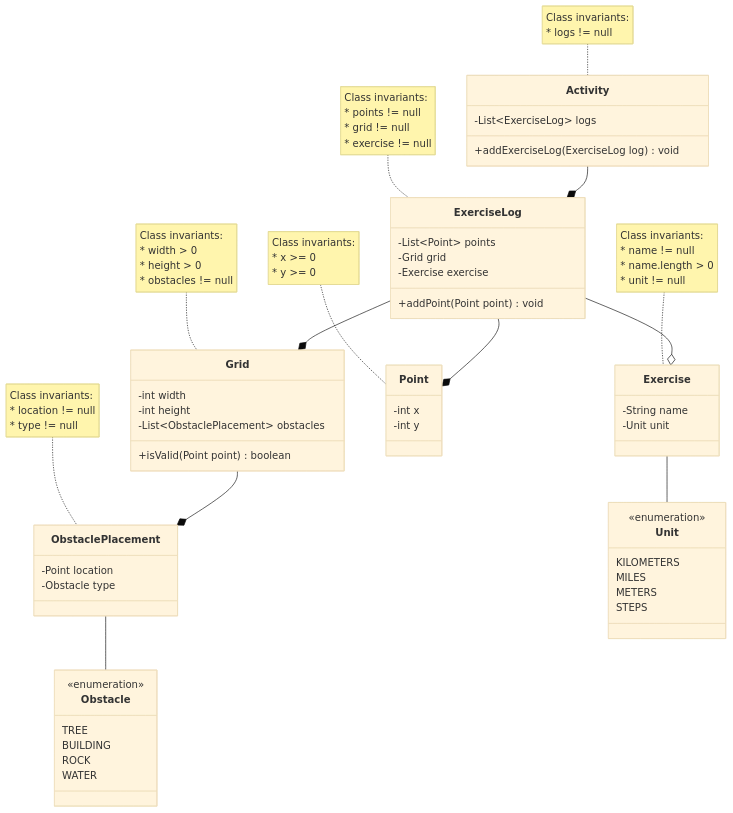
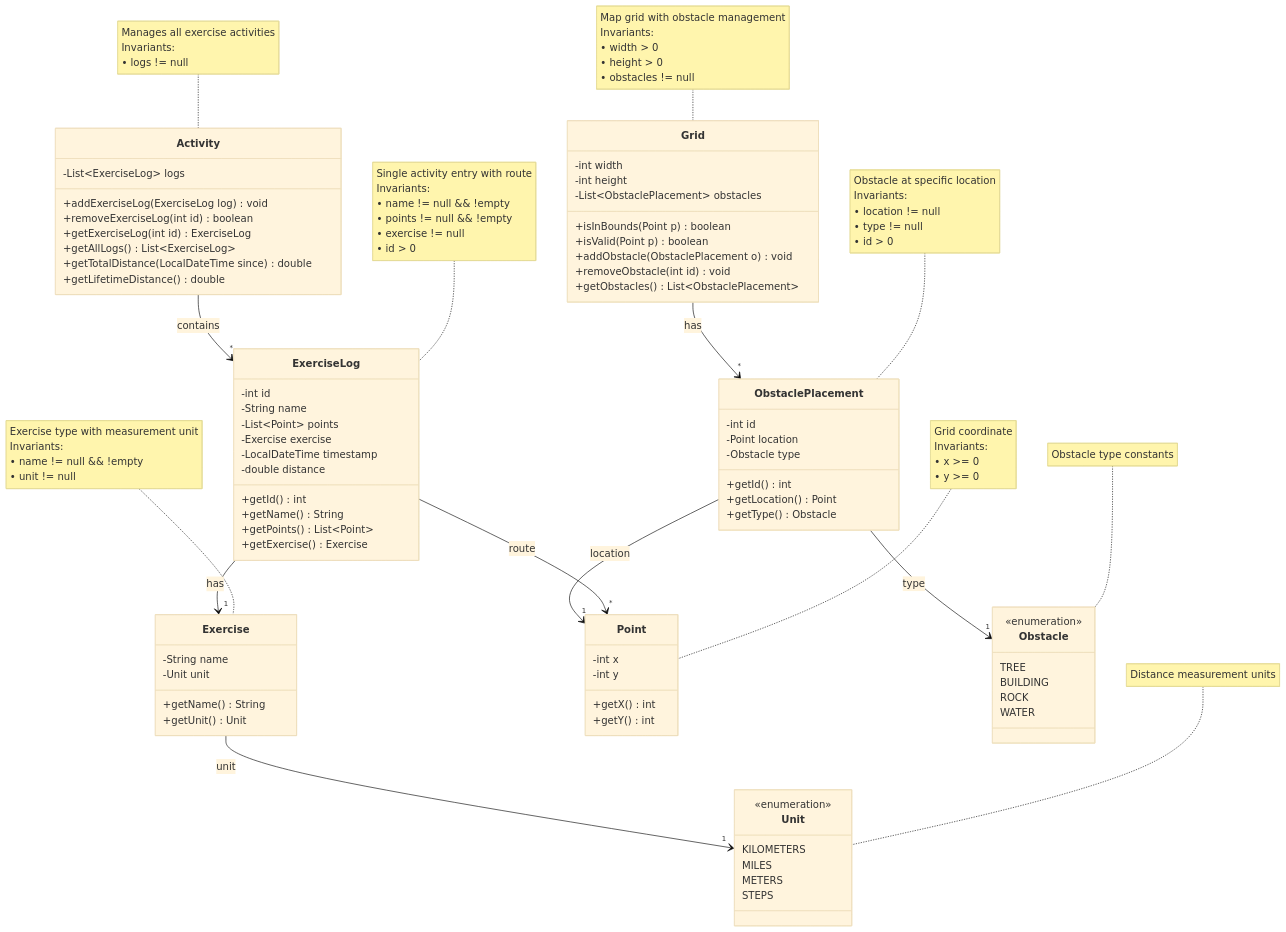
Before and after one commit to Karan4248/Exercise-Tracker: the diagram in README.md, drawn with Mermaid (base theme). The commit also changed 12 other files, not shown here.

````diff
--- a/README.md
+++ b/README.md
@@ -52,56 +52,86 @@
   class Activity {
     -List~ExerciseLog~ logs
     +addExerciseLog(ExerciseLog log) void
+    +removeExerciseLog(int id) boolean
+    +getExerciseLog(int id) ExerciseLog
+    +getAllLogs() List~ExerciseLog~
+    +getTotalDistance(LocalDateTime since) double
+    +getLifetimeDistance() double
   }
-  note for Activity "Class invariants:
-    * logs != null"
+  note for Activity "Manages all exercise activities
+    Invariants:
+    • logs != null"
 
   class ExerciseLog {
+    -int id
+    -String name
     -List~Point~ points
-    -Grid grid
     -Exercise exercise
-    +addPoint(Point point) void
+    -LocalDateTime timestamp
+    -double distance
+    +getId() int
+    +getName() String
+    +getPoints() List~Point~
+    +getExercise() Exercise
   }
-  note for ExerciseLog "Class invariants:
-    * points != null
-    * grid != null
-    * exercise != null"
+  note for ExerciseLog "Single activity entry with route
+    Invariants:
+    • name != null && !empty
+    • points != null && !empty
+    • exercise != null
+    • id > 0"
 
   class Exercise {
     -String name
     -Unit unit
+    +getName() String
+    +getUnit() Unit
   }
-  note for Exercise "Class invariants:
-    * name != null
-    * name.length > 0
-    * unit != null"
+  note for Exercise "Exercise type with measurement unit
+    Invariants:
+    • name != null && !empty
+    • unit != null"
 
   class Grid {
     -int width
     -int height
     -List~ObstaclePlacement~ obstacles
-    +isValid(Point point) boolean
+    +isInBounds(Point p) boolean
+    +isValid(Point p) boolean
+    +addObstacle(ObstaclePlacement o) void
+    +removeObstacle(int id) void
+    +getObstacles() List~ObstaclePlacement~
   }
-  note for Grid "Class invariants:
-    * width > 0
-    * height > 0
-    * obstacles != null"
+  note for Grid "Map grid with obstacle management
+    Invariants:
+    • width > 0
+    • height > 0
+    • obstacles != null"
 
   class Point {
     -int x
     -int y
+    +getX() int
+    +getY() int
   }
-  note for Point "Class invariants:
-    * x >= 0
-    * y >= 0"
+  note for Point "Grid coordinate
+    Invariants:
+    • x >= 0
+    • y >= 0"
 
   class ObstaclePlacement {
+    -int id
     -Point location
     -Obstacle type
+    +getId() int
+    +getLocation() Point
+    +getType() Obstacle
   }
-  note for ObstaclePlacement "Class invariants:
-    * location != null
-    * type != null"
+  note for ObstaclePlacement "Obstacle at specific location
+    Invariants:
+    • location != null
+    • type != null
+    • id > 0"
 
   class Obstacle {
     <<enumeration>>
@@ -110,6 +140,7 @@
     ROCK
     WATER
   }
+  note for Obstacle "Obstacle type constants"
 
   class Unit {
     <<enumeration>>
@@ -118,12 +149,13 @@
     METERS
     STEPS
   }
+  note for Unit "Distance measurement units"
 
-  Activity --* ExerciseLog
-  ExerciseLog --o Exercise
-  ExerciseLog --* Grid
-  ExerciseLog --* Point
-  Grid --* ObstaclePlacement
-  ObstaclePlacement -- Obstacle
-  Exercise -- Unit
+  Activity --> "*" ExerciseLog : contains
+  ExerciseLog --> "1" Exercise : has
+  ExerciseLog --> "*" Point : route
+  Grid --> "*" ObstaclePlacement : has
+  ObstaclePlacement --> "1" Obstacle : type
+  ObstaclePlacement --> "1" Point : location
+  Exercise --> "1" Unit : unit
 ```
````
